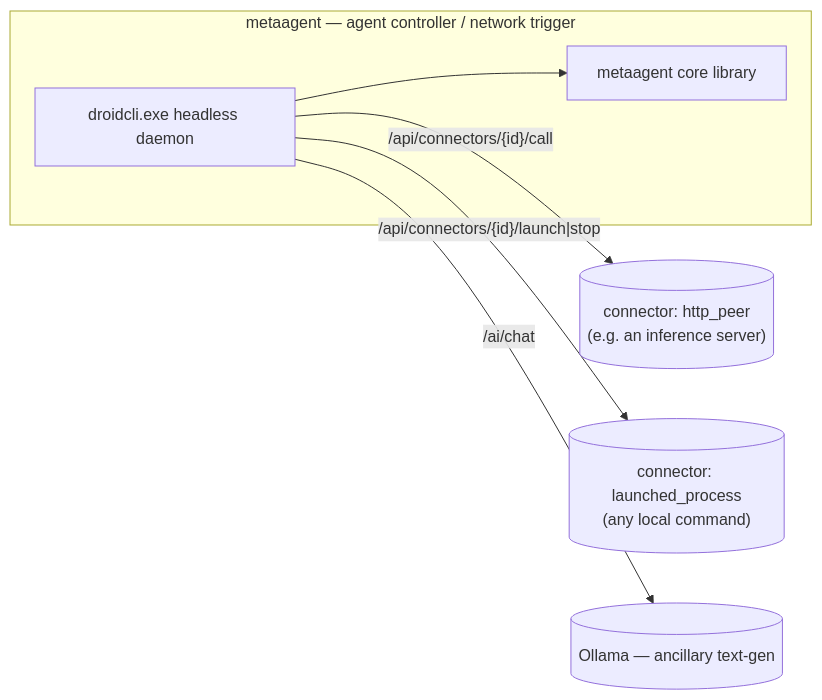
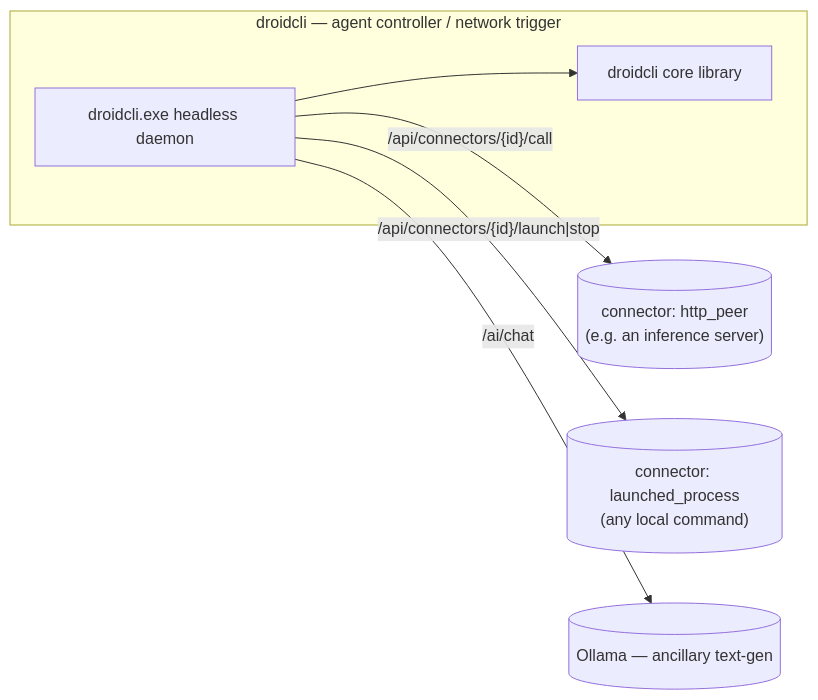
Before and after one commit to vecnode/droidcli: the diagram in README.md, drawn with Mermaid. The commit also changed other lines of this file and 89 other files, not shown here.

First line of the commit message:
Full metaagent -> droidcli internal rename, README rebrand, Apache 2.0 (#23)

````diff
--- a/README.md
+++ b/README.md
@@ -313,16 +320,16 @@
 ```mermaid
 flowchart LR
-    subgraph metaagent["metaagent — agent controller / network trigger"]
+    subgraph droidcli["droidcli — agent controller / network trigger"]
         CLI[droidcli.exe headless daemon]
-        LIB[metaagent core library]
+        LIB[droidcli core library]
         CLI --> LIB
     end
 
     CONN1[("connector: http_peer\n(e.g. an inference server)")]
     CONN2[("connector: launched_process\n(any local command)")]
     OLLAMA[("Ollama — ancillary text-gen")]
 
     CLI -->|"/api/connectors/{id}/call"| CONN1
     CLI -->|"/api/connectors/{id}/launch|stop"| CONN2
     CLI -->|/ai/chat| OLLAMA
 ```
````
